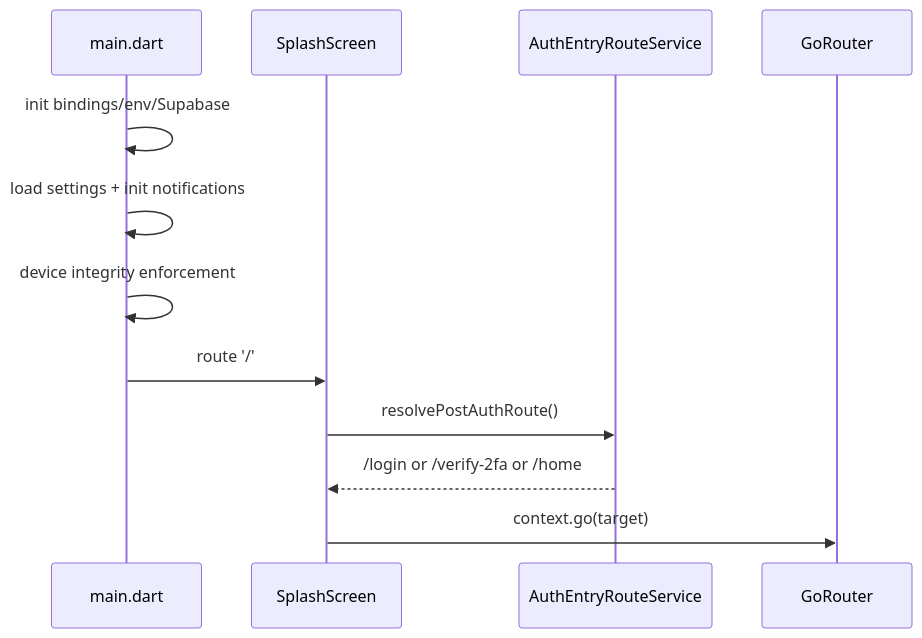
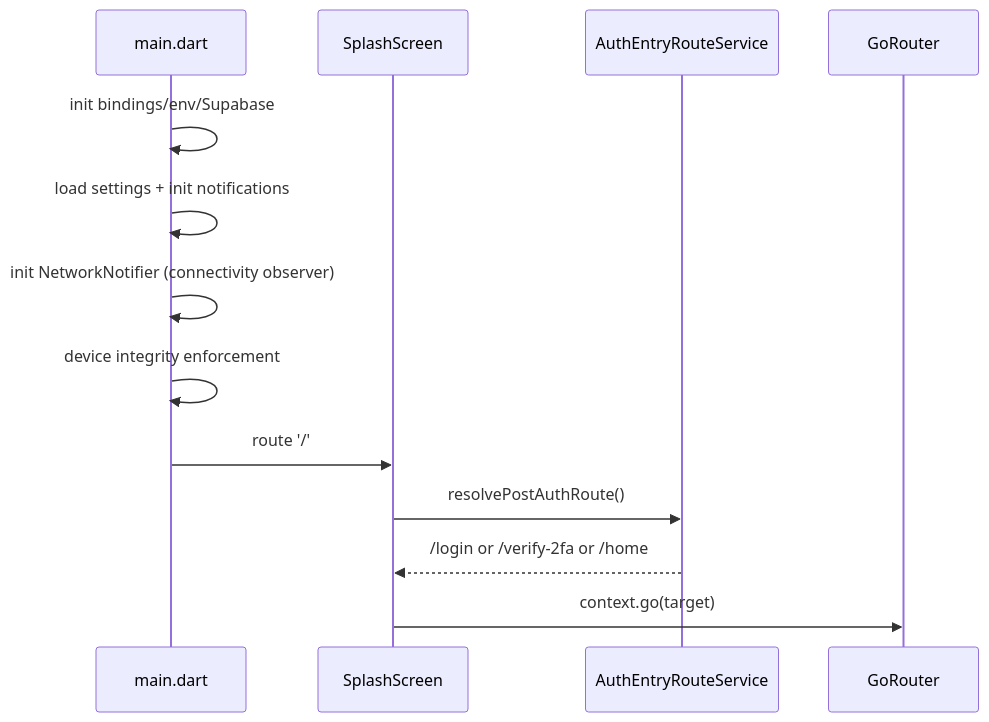
The diagram in docs/02_app_flow_and_navigation.md (muhammadanas656/daktarpi), drawn with Mermaid before and after one commit. The commit also changed other lines of this file and 49 other files, not shown here.

````diff
--- a/docs/02_app_flow_and_navigation.md
+++ b/docs/02_app_flow_and_navigation.md
@@ -5,15 +5,16 @@
 ```mermaid
 sequenceDiagram
     participant M as main.dart
     participant S as SplashScreen
     participant A as AuthEntryRouteService
     participant R as GoRouter
 
     M->>M: init bindings/env/Supabase
     M->>M: load settings + init notifications
+    M->>M: init NetworkNotifier (connectivity observer)
     M->>M: device integrity enforcement
     M->>S: route '/'
     S->>A: resolvePostAuthRoute()
     A-->>S: /login or /verify-2fa or /home
     S->>R: context.go(target)
 ```
````
